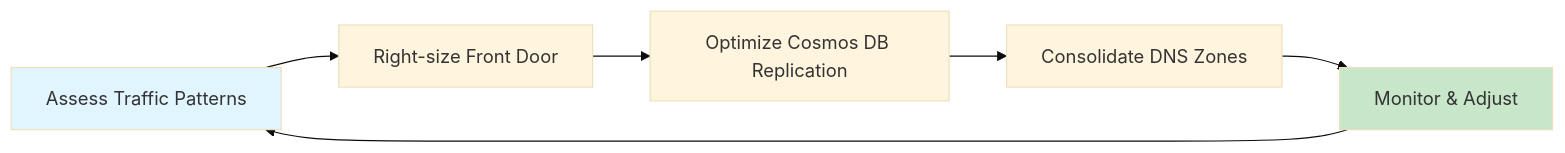
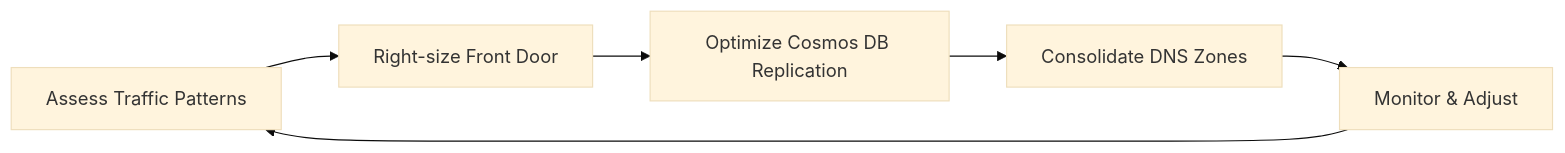
Before and after one commit to srnichols/StampsPattern: the second of 9 diagrams in docs/COST_OPTIMIZATION_GUIDE.md, drawn with Mermaid (base theme). The commit also changed other lines of this file and 10 other files, not shown here.

Commit message:
docs: add Mermaid theme sample with per-diagram init (neutral/dark)

````diff
--- a/docs/COST_OPTIMIZATION_GUIDE.md
+++ b/docs/COST_OPTIMIZATION_GUIDE.md
@@ -205,11 +202,9 @@
 ```mermaid
 graph LR
     A[Assess Traffic Patterns] --> B[Right-size Front Door]
     B --> C[Optimize Cosmos DB Replication]
     C --> D[Consolidate DNS Zones]
     D --> E[Monitor & Adjust]
     E --> A
-    
-    style A fill:#E1F5FE
-    style E fill:#C8E6C9
+
 ```
````
